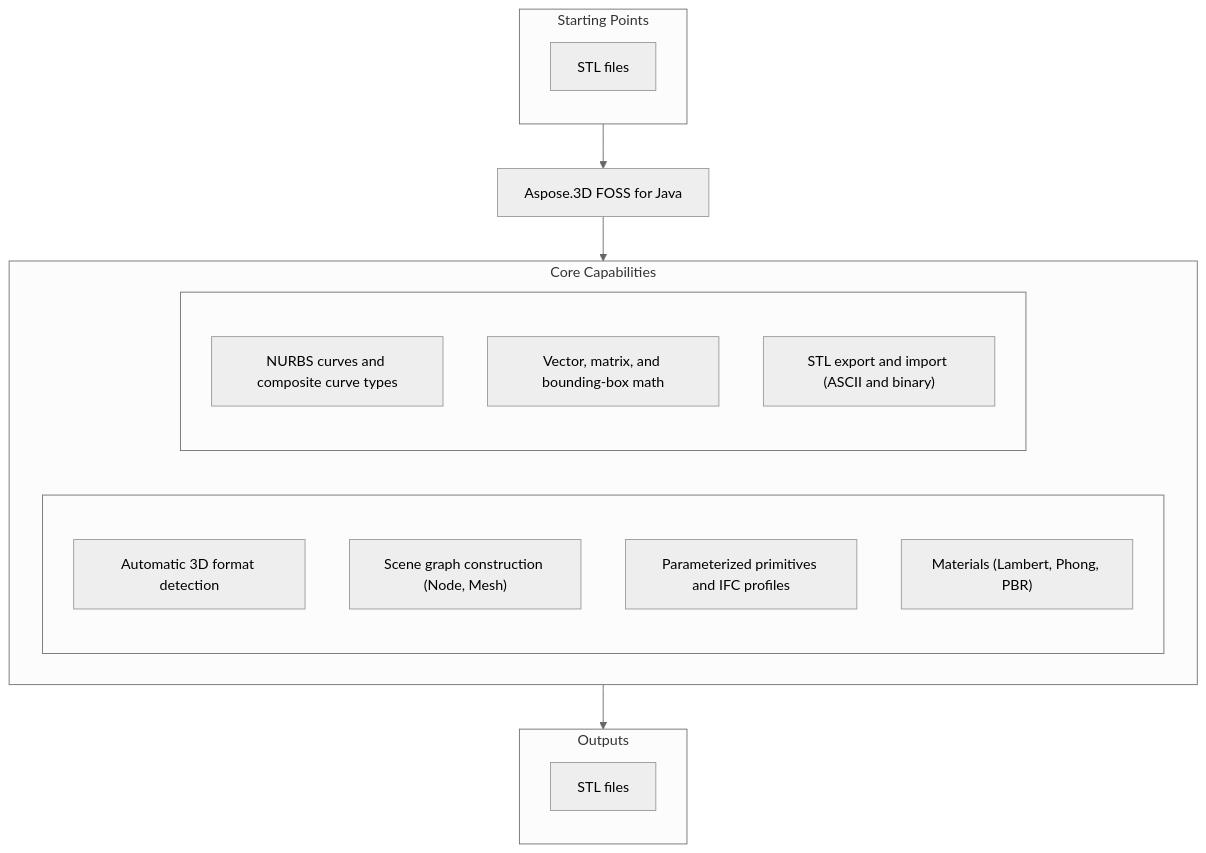
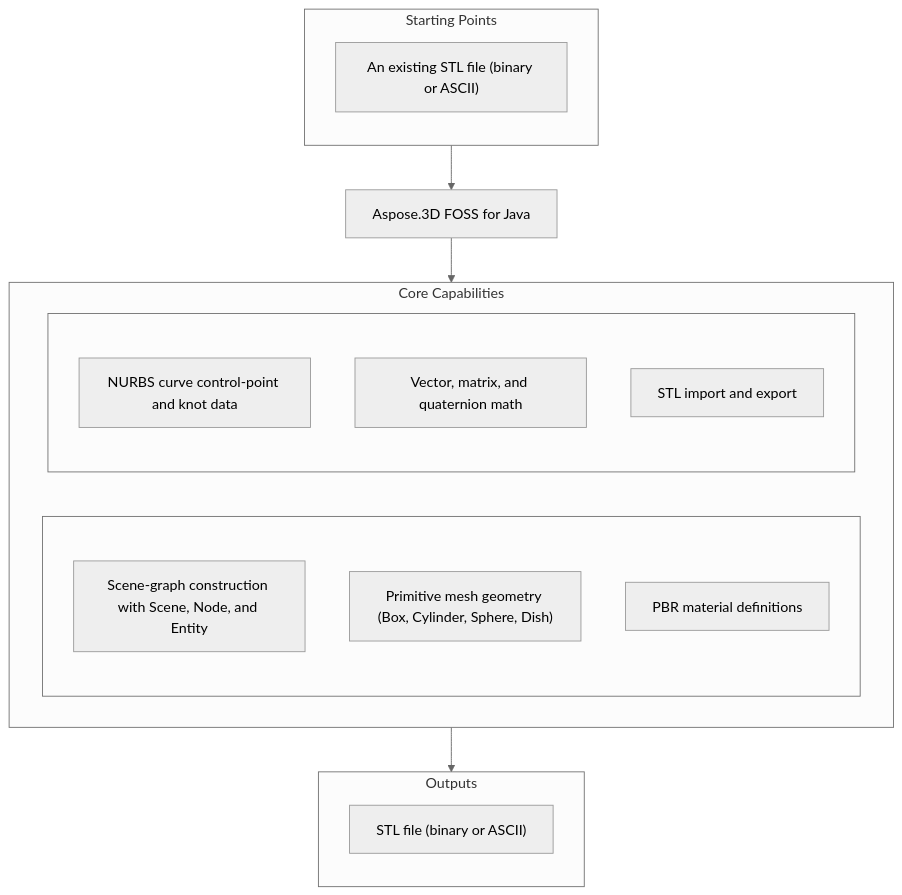
The diagram in README.md (aspose-3d-foss/Aspose.3D-FOSS-for-Java), drawn with Mermaid (neutral theme) before and after one commit. The commit also changed other lines of this file, not shown here.

````diff
--- a/README.md
+++ b/README.md
@@ -29,29 +32,28 @@
 ```mermaid
 flowchart TD
   subgraph StartingPoints["Starting Points"]
     direction TB
-    sp1["STL files"]
+    i1["An existing STL file (binary or ASCII)"]
   end
   PRODUCT["Aspose.3D FOSS for Java"]
   subgraph Capabilities["Core Capabilities"]
     direction LR
     subgraph capl[" "]
       direction TB
-      c1["Automatic 3D format detection"]
-      c2["Scene graph construction (Node, Mesh)"]
-      c3["Parameterized primitives and IFC profiles"]
-      c4["Materials (Lambert, Phong, PBR)"]
+      c1["Scene-graph construction with Scene, Node, and Entity"]
+      c2["Primitive mesh geometry (Box, Cylinder, Sphere, Dish)"]
+      c3["PBR material definitions"]
     end
     subgraph capr[" "]
       direction TB
-      c5["NURBS curves and composite curve types"]
-      c6["Vector, matrix, and bounding-box math"]
-      c7["STL export and import (ASCII and binary)"]
+      c4["NURBS curve control-point and knot data"]
+      c5["Vector, matrix, and quaternion math"]
+      c6["STL import and export"]
     end
   end
   subgraph Outputs["Outputs"]
     direction TB
-    o1["STL files"]
+    o1["STL file (binary or ASCII)"]
   end
   StartingPoints --> PRODUCT --> Capabilities --> Outputs
 ```
````
